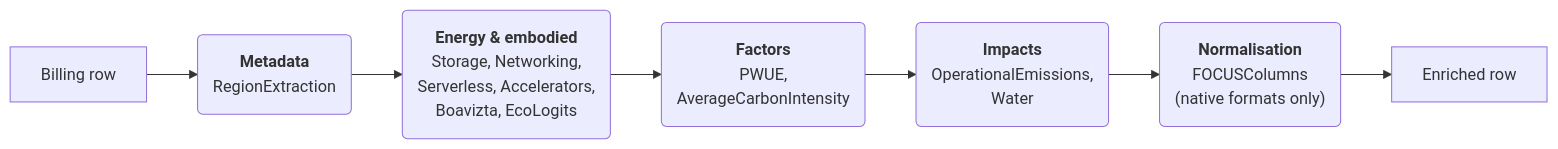
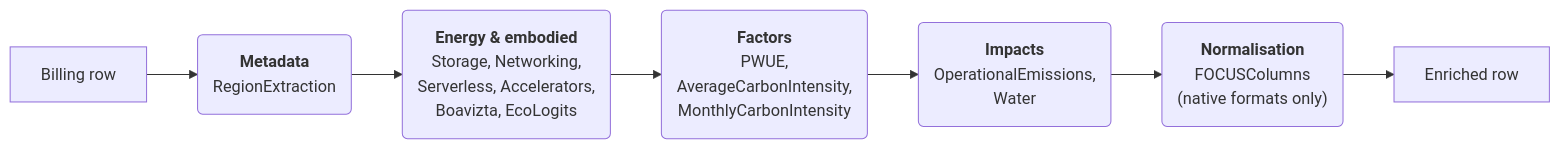
One commit to DigitalPebble/spruce changed the diagram in docs/src/modules.md. Above: the diagram before and after it, drawn with Mermaid. The commit also changed 3 other files, not shown here.

Commit message:
Document MonthlyCarbonIntensity in the module overview and config howto; require carbonintensity-api 0.4.0

````diff
--- a/docs/src/modules.md
+++ b/docs/src/modules.md
@@ -33,9 +33,9 @@
 ```mermaid
 flowchart LR
     A[Billing row] --> B("<b>Metadata</b><br>RegionExtraction")
     B --> C("<b>Energy &amp; embodied</b><br>Storage, Networking,<br>Serverless, Accelerators,<br>Boavizta, EcoLogits")
-    C --> D("<b>Factors</b><br>PWUE,<br>AverageCarbonIntensity")
+    C --> D("<b>Factors</b><br>PWUE,<br>AverageCarbonIntensity,<br>MonthlyCarbonIntensity")
     D --> E("<b>Impacts</b><br>OperationalEmissions,<br>Water")
     E --> F("<b>Normalisation</b><br>FOCUSColumns<br>(native formats only)")
     F --> G[Enriched row]
 ```
````
